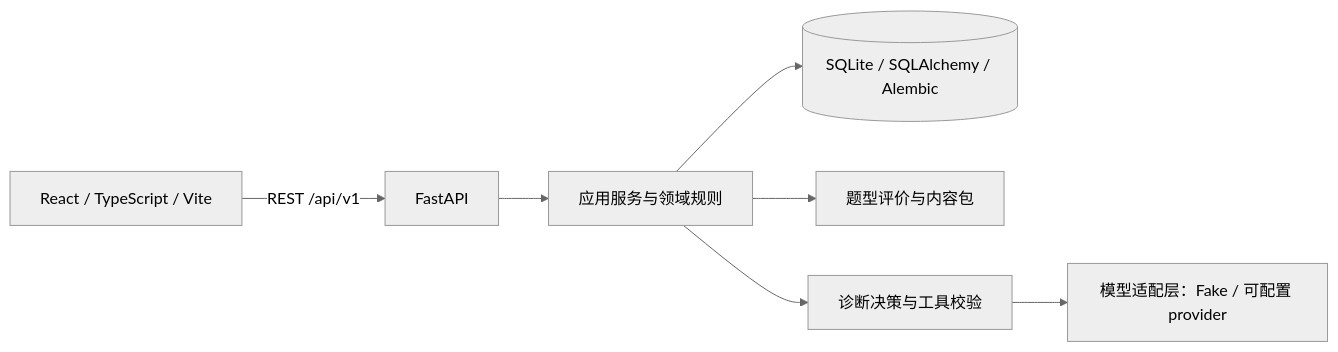
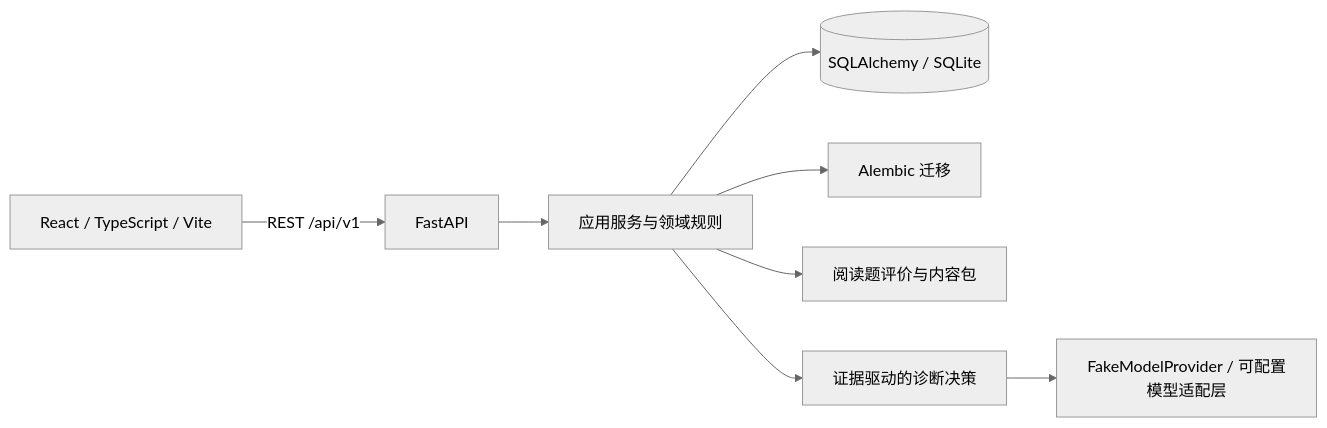
One commit to KaoruMiyagawa/UnlearnLoop changed the second of 2 diagrams in README.md. Above: the diagram before and after it, drawn with Mermaid (neutral theme). The commit also changed other lines of this file and 102 other files, not shown here.

````diff
--- a/README.md
+++ b/README.md
@@ -44,9 +48,10 @@
 ```mermaid
 flowchart LR
     UI[React / TypeScript / Vite] -->|REST /api/v1| API[FastAPI]
     API --> APP[应用服务与领域规则]
-    APP --> DB[(SQLite / SQLAlchemy / Alembic)]
-    APP --> EVAL[题型评价与内容包]
-    APP --> AGENT[诊断决策与工具校验]
-    AGENT --> PROVIDER[模型适配层：Fake / 可配置 provider]
+    APP --> DB[(SQLAlchemy / SQLite)]
+    APP --> MIG[Alembic 迁移]
+    APP --> EVAL[阅读题评价与内容包]
+    APP --> AGENT[证据驱动的诊断决策]
+    AGENT --> PROVIDER[FakeModelProvider / 可配置模型适配层]
 ```
````
